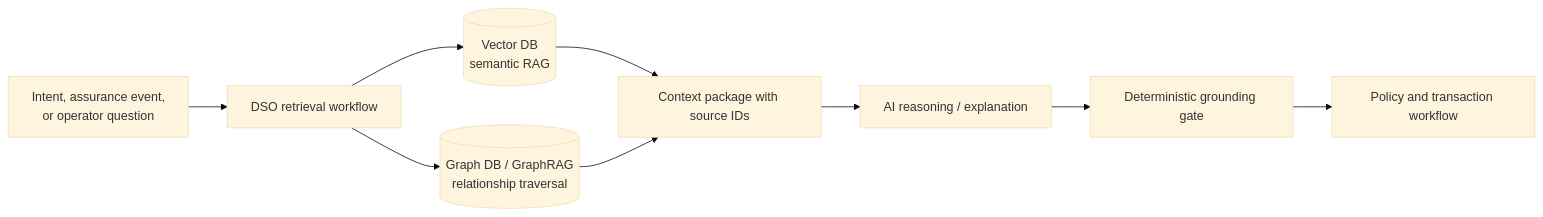
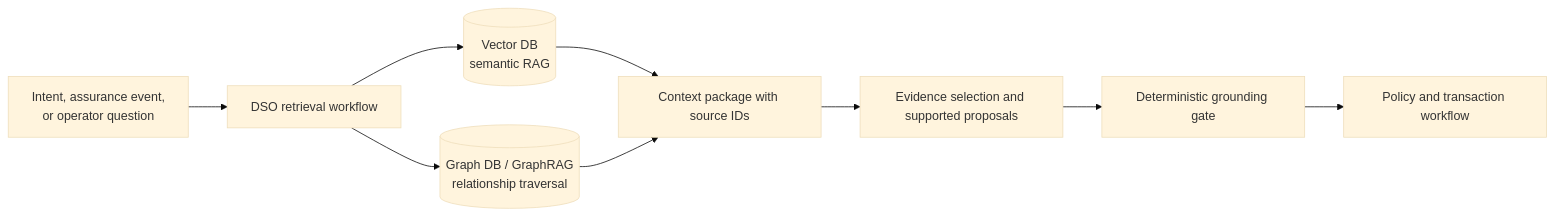
One commit to allenabishekGithub/inter-domain-automatedNetworking changed the seventh of 16 diagrams in docs/domain-agent-architecture.md. Above: the diagram before and after it, drawn with Mermaid (base theme). The commit also changed other lines of this file and 12 other files, not shown here.

````diff
--- a/docs/domain-agent-architecture.md
+++ b/docs/domain-agent-architecture.md
@@ -733,11 +472,11 @@
 ```mermaid
 flowchart LR
     Q[Intent, assurance event,\nor operator question] --> DSO[DSO retrieval workflow]
     DSO --> V[(Vector DB\nsemantic RAG)]
     DSO --> G[(Graph DB / GraphRAG\nrelationship traversal)]
     V --> X[Context package with source IDs]
     G --> X
-    X --> AI[AI reasoning / explanation]
+    X --> AI[Evidence selection and supported proposals]
     AI --> VG[Deterministic grounding gate]
     VG --> P[Policy and transaction workflow]
 ```
````
